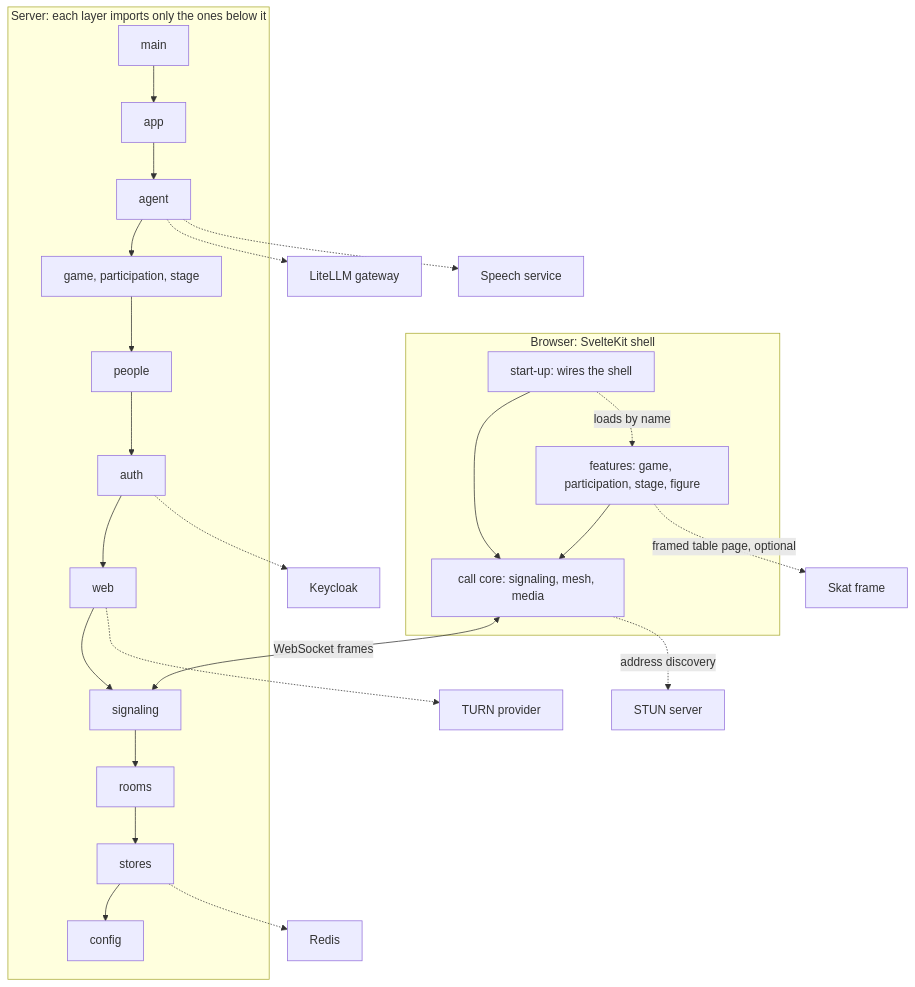
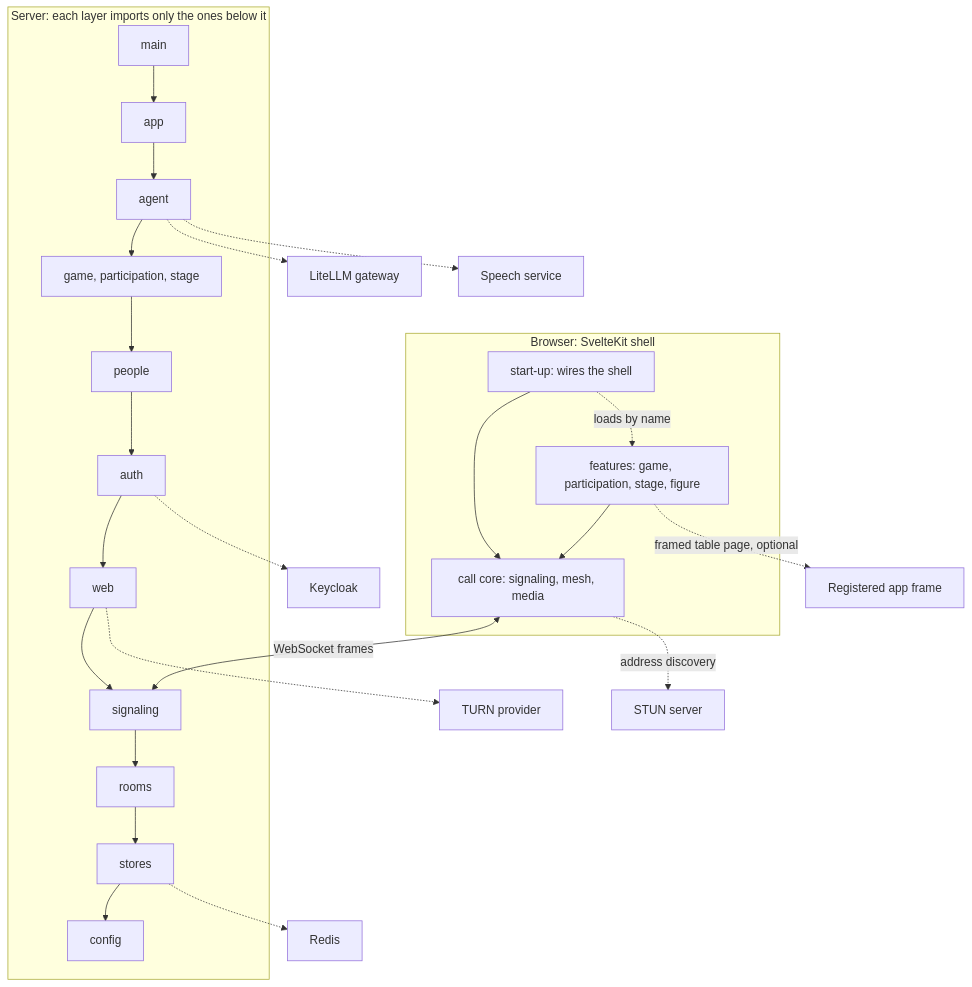
Before and after one commit to overnightworks/hopin: the second of 4 diagrams in docs/ARCHITECTURE.md, drawn with Mermaid. The commit also changed other lines of this file and 38 other files, not shown here.

````diff
--- a/docs/ARCHITECTURE.md
+++ b/docs/ARCHITECTURE.md
@@ -35,20 +35,20 @@
 ```mermaid
 flowchart TB
     subgraph browser["Browser: SvelteKit shell"]
         shell["start-up: wires the shell"] --> core["call core: signaling, mesh, media"]
         shell -. "loads by name" .-> feats["features: game, participation, stage, figure"]
         feats --> core
     end
     core <-- "WebSocket frames" --> sig
     core -. "address discovery" .-> ST[STUN server]
-    feats -. "framed table page, optional" .-> SK[Skat frame]
+    feats -. "framed table page, optional" .-> SK[Registered app frame]
     subgraph server["Server: each layer imports only the ones below it"]
         main --> app --> agent --> features --> people --> auth --> web --> sig[signaling] --> rooms --> stores --> config
         features["game, participation, stage"]
     end
     auth -.-> KC[Keycloak]
     stores -.-> RD[Redis]
     agent -.-> LL[LiteLLM gateway]
     agent -.-> SP[Speech service]
     web -.-> TU[TURN provider]
 ```
````
